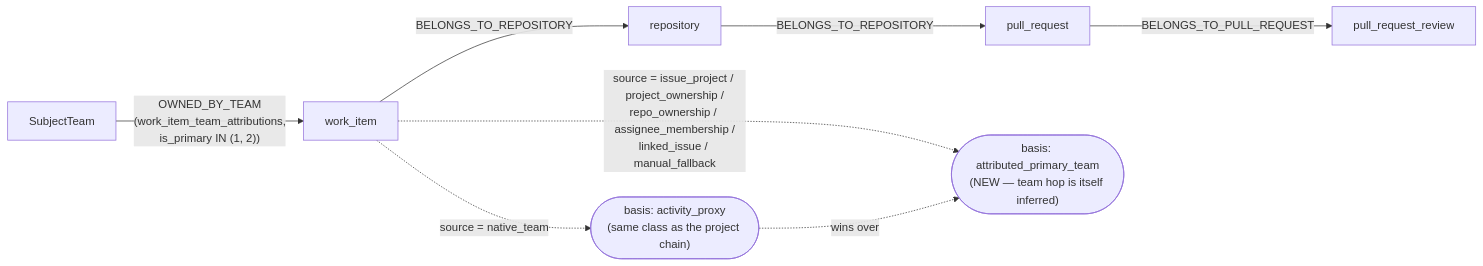
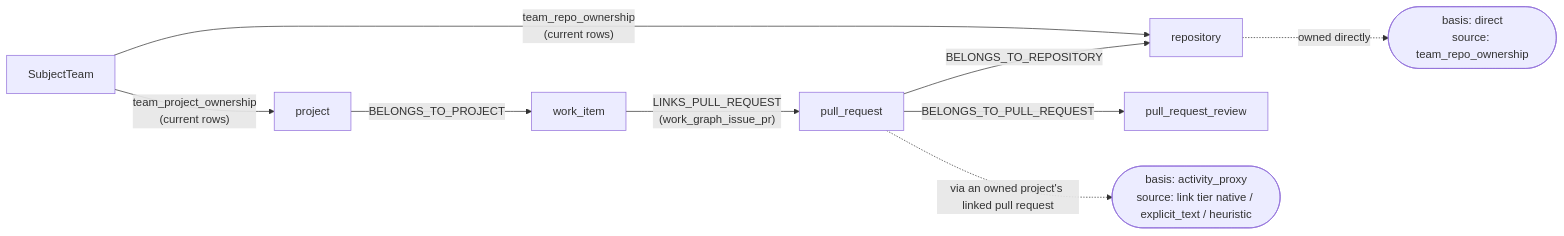
The diagram in docs/design/context-fabric-fact-scope.md (full-chaos/dev-health-acr), drawn with Mermaid before and after one commit. The commit also changed other lines of this file and 13 other files, not shown here.

Commit message:
fix(contextfabric): CHAOS-9298 follow the entity tree for project and team repository scope

````diff
--- a/docs/design/context-fabric-fact-scope.md
+++ b/docs/design/context-fabric-fact-scope.md
@@ -641,12 +648,12 @@
 ```mermaid
 flowchart LR
-    T["SubjectTeam"] -->|"OWNED_BY_TEAM<br/>(work_item_team_attributions,<br/>is_primary IN (1, 2))"| WI["work_item"]
-    WI -->|"BELONGS_TO_REPOSITORY"| R["repository"]
-    R -->|"BELONGS_TO_REPOSITORY"| PR["pull_request"]
+    T["SubjectTeam"] -->|"team_repo_ownership<br/>(current rows)"| R["repository"]
+    T -->|"team_project_ownership<br/>(current rows)"| P["project"]
+    P -->|"BELONGS_TO_PROJECT"| WI["work_item"]
+    WI -->|"LINKS_PULL_REQUEST<br/>(work_graph_issue_pr)"| PR["pull_request"]
+    PR -->|"BELONGS_TO_REPOSITORY"| R
     PR -->|"BELONGS_TO_PULL_REQUEST"| RV["pull_request_review"]
 
-    WI -. "source = native_team" .-> B1(["basis: activity_proxy<br/>(same class as the project chain)"])
-    WI -. "source = issue_project / project_ownership /<br/>repo_ownership / assignee_membership /<br/>linked_issue / manual_fallback" .-> B2(["basis: attributed_primary_team<br/>(NEW — team hop is itself inferred)"])
-
-    B1 -. "wins over" .-> B2
+    R -. "owned directly" .-> B1(["basis: direct<br/>source: team_repo_ownership"])
+    PR -. "via an owned project's linked pull request" .-> B2(["basis: activity_proxy<br/>source: link tier native / explicit_text / heuristic"])
 ```
````
